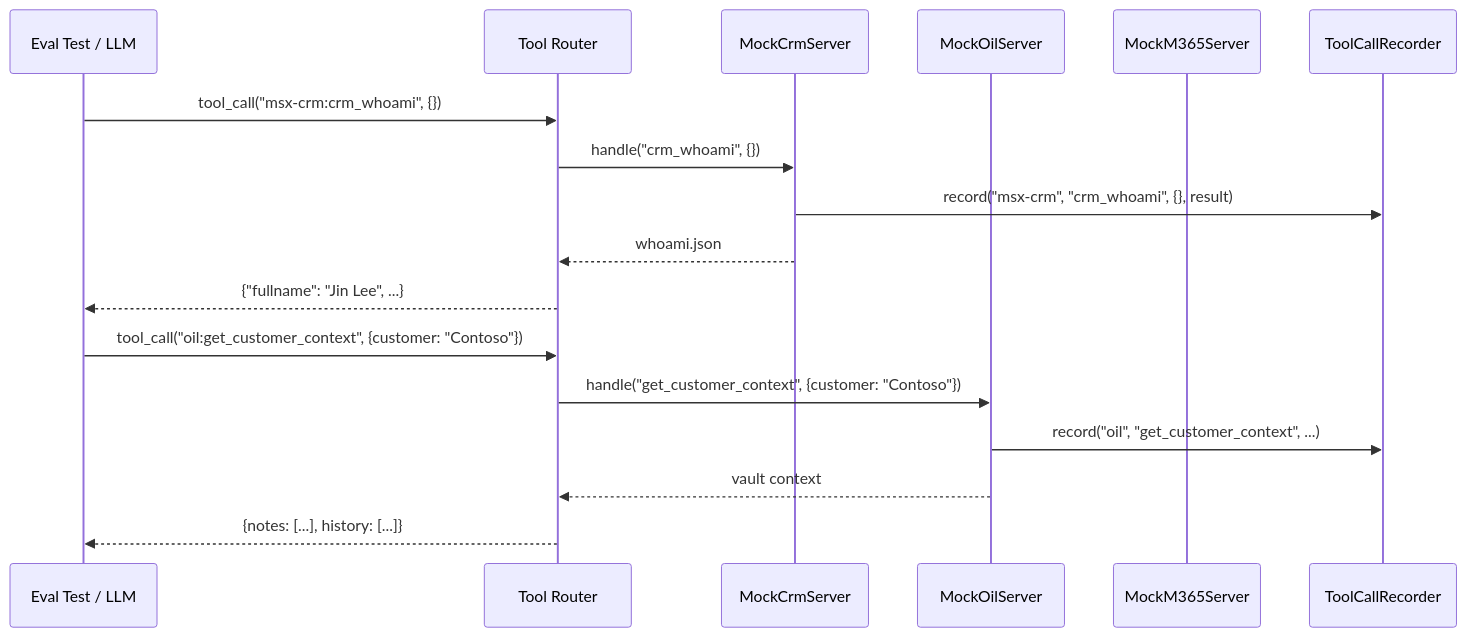
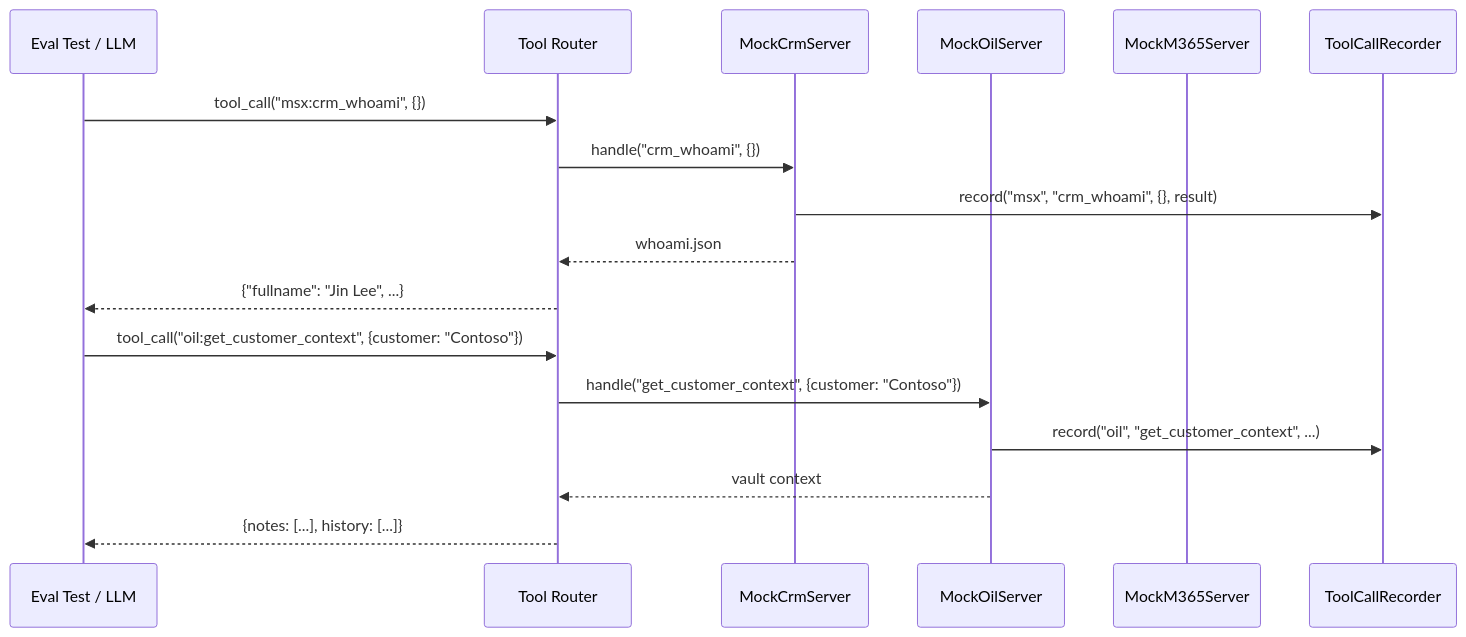
The third of 14 diagrams in site/docs/architecture/eval/architecture.md (mjhoffmeister/MCAPS-IQ), drawn with Mermaid before and after one commit. The commit also changed other lines of this file and 77 other files, not shown here.

First line of the commit message:
Refactor documentation to replace `msx-crm` with `msx` across multiple files

````diff
--- a/site/docs/architecture/eval/architecture.md
+++ b/site/docs/architecture/eval/architecture.md
@@ -186,21 +186,21 @@
 ```mermaid
 sequenceDiagram
     participant Test as Eval Test / LLM
     participant Router as Tool Router
     participant CRM as MockCrmServer
     participant OIL as MockOilServer
     participant M365 as MockM365Server
     participant Rec as ToolCallRecorder
 
-    Test->>Router: tool_call("msx-crm:crm_whoami", {})
+    Test->>Router: tool_call("msx:crm_whoami", {})
     Router->>CRM: handle("crm_whoami", {})
-    CRM->>Rec: record("msx-crm", "crm_whoami", {}, result)
+    CRM->>Rec: record("msx", "crm_whoami", {}, result)
     CRM-->>Router: whoami.json
     Router-->>Test: {"fullname": "Jin Lee", ...}
 
     Test->>Router: tool_call("oil:get_customer_context", {customer: "Contoso"})
     Router->>OIL: handle("get_customer_context", {customer: "Contoso"})
     OIL->>Rec: record("oil", "get_customer_context", ...)
     OIL-->>Router: vault context
     Router-->>Test: {notes: [...], history: [...]}
 ```
````
